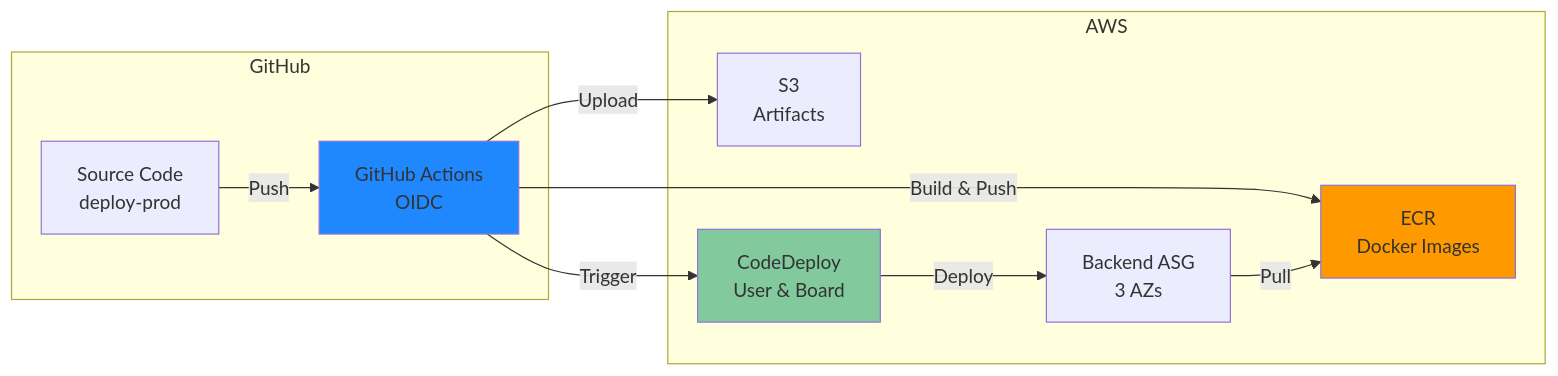
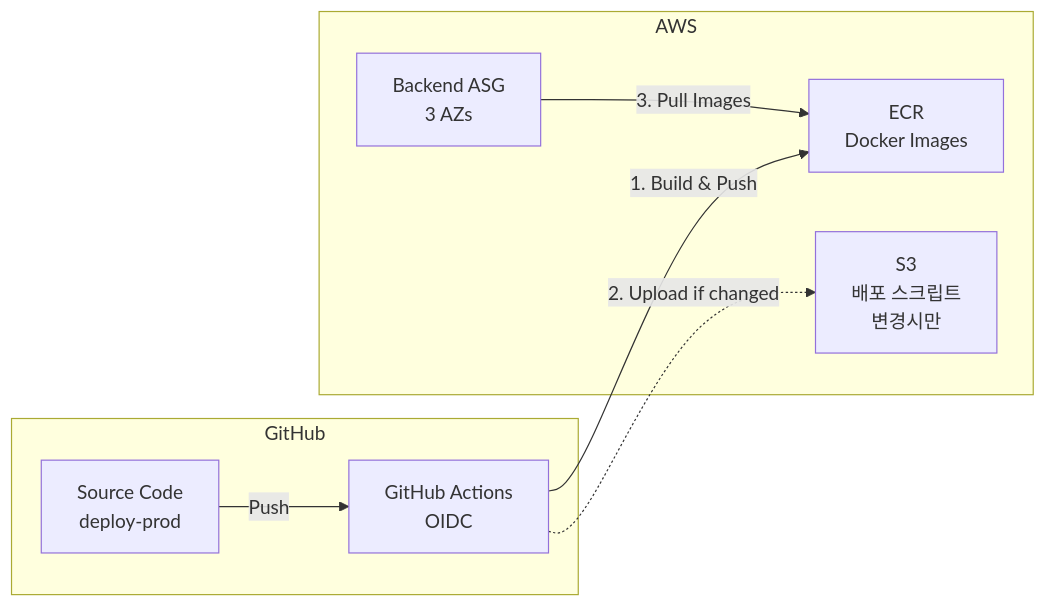
One commit to OrangesCloud/wealist-terraform-prod changed the seventh of 9 diagrams in ARCHITECTURE.md. Above: the diagram before and after it, drawn with Mermaid. The commit also changed other lines of this file, not shown here.

````diff
--- a/ARCHITECTURE.md
+++ b/ARCHITECTURE.md
@@ -573,25 +546,18 @@
 ```mermaid
 graph LR
     subgraph "GitHub"
         REPO[Source Code<br/>deploy-prod]
         GHA[GitHub Actions<br/>OIDC]
     end
 
     subgraph "AWS"
         ECR[ECR<br/>Docker Images]
-        S3[S3<br/>Artifacts]
-        CD[CodeDeploy<br/>User & Board]
+        S3[S3<br/>배포 스크립트<br/>변경시만]
         ASG[Backend ASG<br/>3 AZs]
     end
 
     REPO -->|Push| GHA
-    GHA -->|Build & Push| ECR
-    GHA -->|Upload| S3
-    GHA -->|Trigger| CD
-    CD -->|Deploy| ASG
-    ASG -->|Pull| ECR
-
-    style GHA fill:#2088FF
-    style ECR fill:#FF9900
-    style CD fill:#82ca9d
+    GHA -->|1. Build & Push| ECR
+    GHA -.->|2. Upload if changed| S3
+    ASG -->|3. Pull Images| ECR
 ```
````
